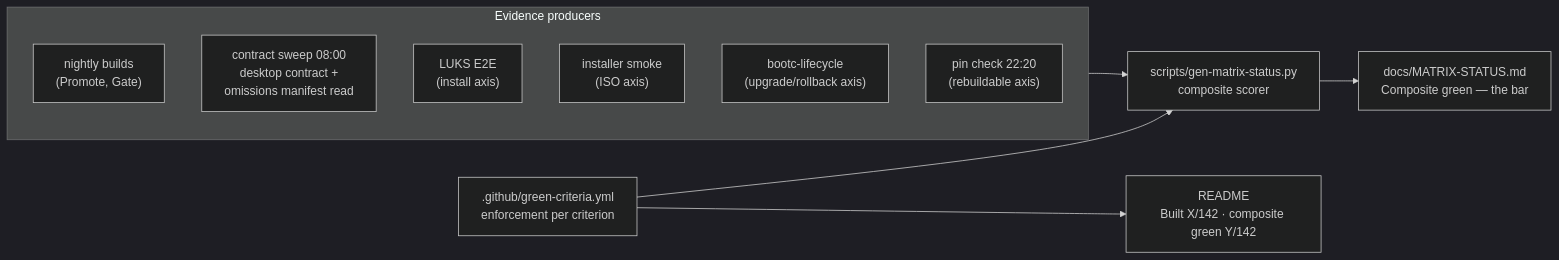
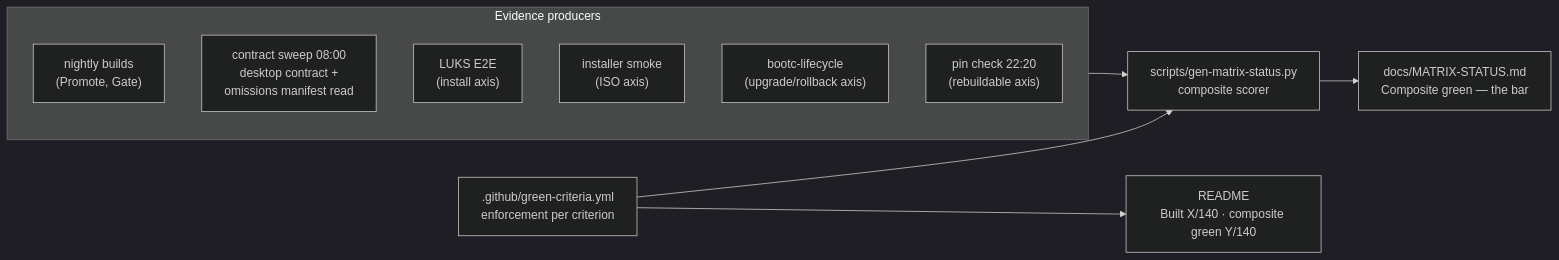
The fifth of 5 diagrams in docs/DEVELOPER-GUIDE.md (tuna-os/tunaOS), drawn with Mermaid (dark theme) before and after one commit. The commit also changed other lines of this file and 4 other files, not shown here.

````diff
--- a/docs/DEVELOPER-GUIDE.md
+++ b/docs/DEVELOPER-GUIDE.md
@@ -245,20 +245,20 @@
 ```mermaid
 flowchart LR
     subgraph evidence["Evidence producers"]
         BLD["nightly builds<br/>(Promote, Gate)"]
         SWEEP["contract sweep 08:00<br/>desktop contract +<br/>omissions manifest read"]
         LUKS["LUKS E2E<br/>(install axis)"]
         ISO["installer smoke<br/>(ISO axis)"]
         LC["bootc-lifecycle<br/>(upgrade/rollback axis)"]
         PIN["pin check 22:20<br/>(rebuildable axis)"]
     end
     CRIT[".github/green-criteria.yml<br/>enforcement per criterion"]
     GEN["scripts/gen-matrix-status.py<br/>composite scorer"]
     MS["docs/MATRIX-STATUS.md<br/>Composite green — the bar"]
-    RM["README<br/>Built X/142 · composite green Y/142"]
+    RM["README<br/>Built X/140 · composite green Y/140"]
 
     evidence --> GEN
     CRIT --> GEN
     GEN --> MS
     CRIT --> RM
 ```
````
